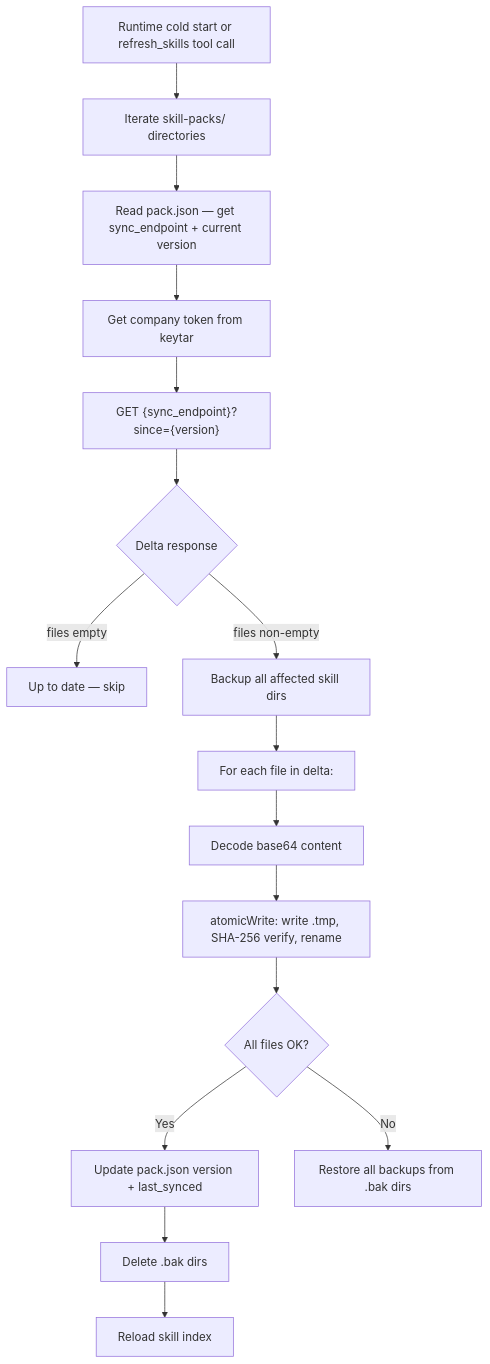
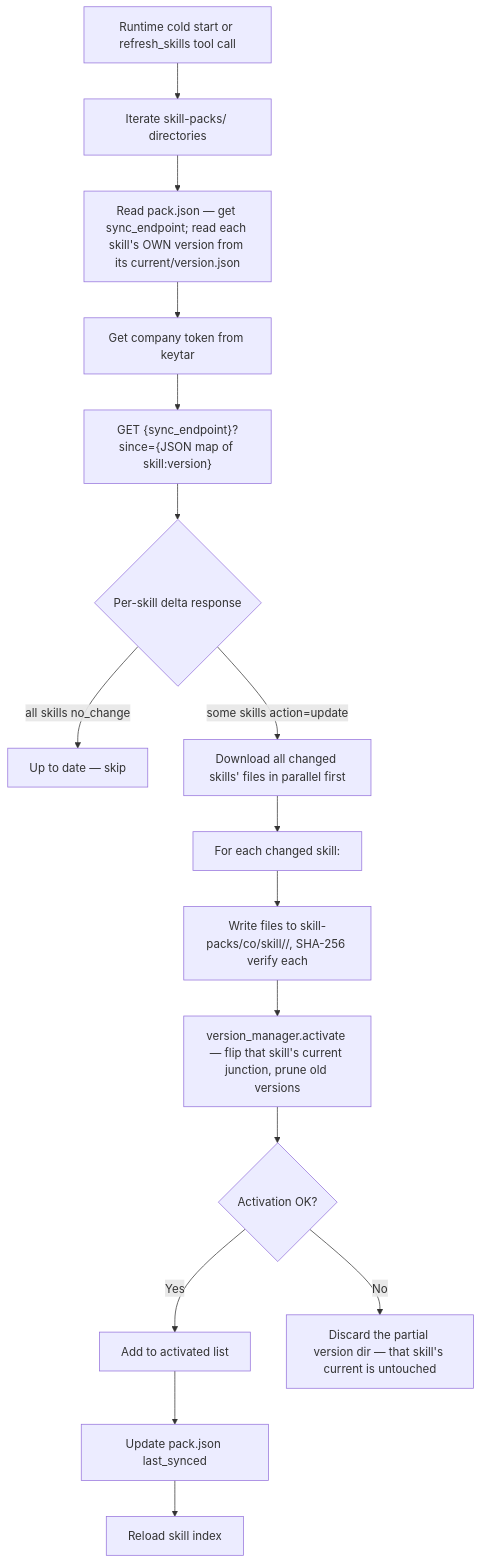
One commit to Cannonbold2412/CONXA changed diagram 15 of 17 in docs/App-Flow.md. Above: the diagram before and after it, drawn with Mermaid. The commit also changed other lines of this file and 4 other files, not shown here.

First line of the commit message:
docs: update TRD/Backend-Schema/App-Flow/Implementation-Plan for the new update architecture

````diff
--- a/docs/App-Flow.md
+++ b/docs/App-Flow.md
@@ -436,18 +438,18 @@
 ```mermaid
 flowchart TD
     A[Runtime cold start or refresh_skills tool call] --> B[Iterate skill-packs/ directories]
-    B --> C[Read pack.json — get sync_endpoint + current version]
+    B --> C[Read pack.json — get sync_endpoint; read each skill's OWN version from its current/version.json]
     C --> D[Get company token from keytar]
-    D --> E["GET {sync_endpoint}?since={version}"]
-    E --> F{Delta response}
-    F -->|files empty| G[Up to date — skip]
-    F -->|files non-empty| H[Backup all affected skill dirs]
-    H --> I[For each file in delta:]
-    I --> J[Decode base64 content]
-    J --> K[atomicWrite: write .tmp, SHA-256 verify, rename]
-    K --> L{All files OK?}
-    L -->|Yes| M[Update pack.json version + last_synced]
-    L -->|No| N[Restore all backups from .bak dirs]
-    M --> O[Delete .bak dirs]
+    D --> E["GET {sync_endpoint}?since={JSON map of skill:version}"]
+    E --> F{Per-skill delta response}
+    F -->|all skills no_change| G[Up to date — skip]
+    F -->|some skills action=update| H[Download all changed skills' files in parallel first]
+    H --> I[For each changed skill:]
+    I --> J[Write files to skill-packs/co/skill/<version>/, SHA-256 verify each]
+    J --> K[version_manager.activate — flip that skill's current junction, prune old versions]
+    K --> L{Activation OK?}
+    L -->|Yes| M[Add to activated list]
+    L -->|No| N[Discard the partial version dir — that skill's current is untouched]
+    M --> O[Update pack.json last_synced]
     O --> P[Reload skill index]
 ```
````
